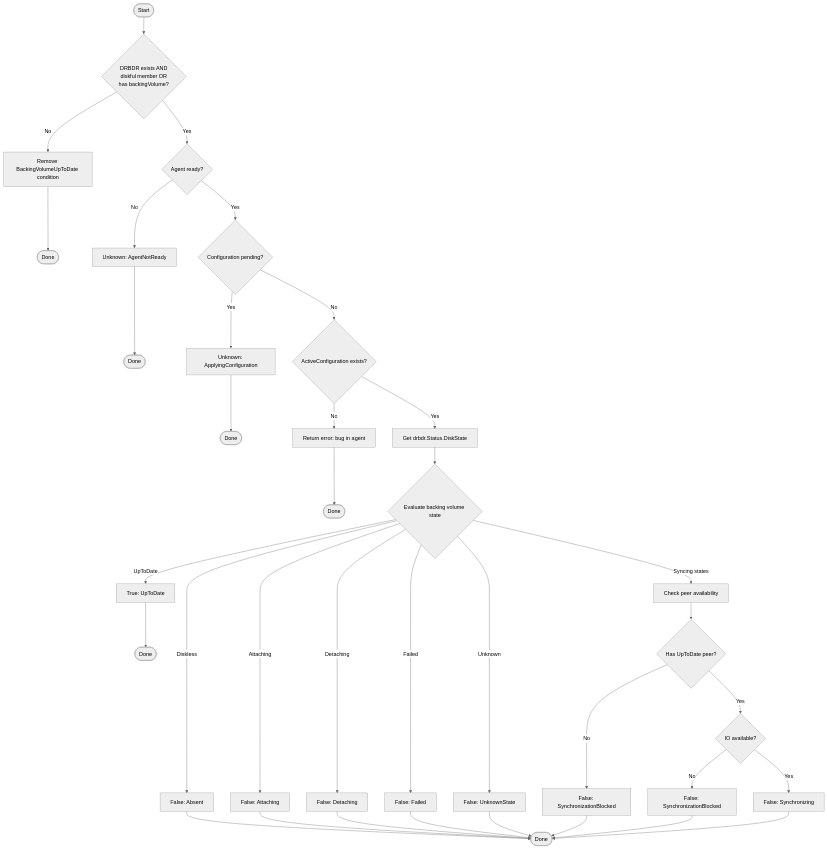
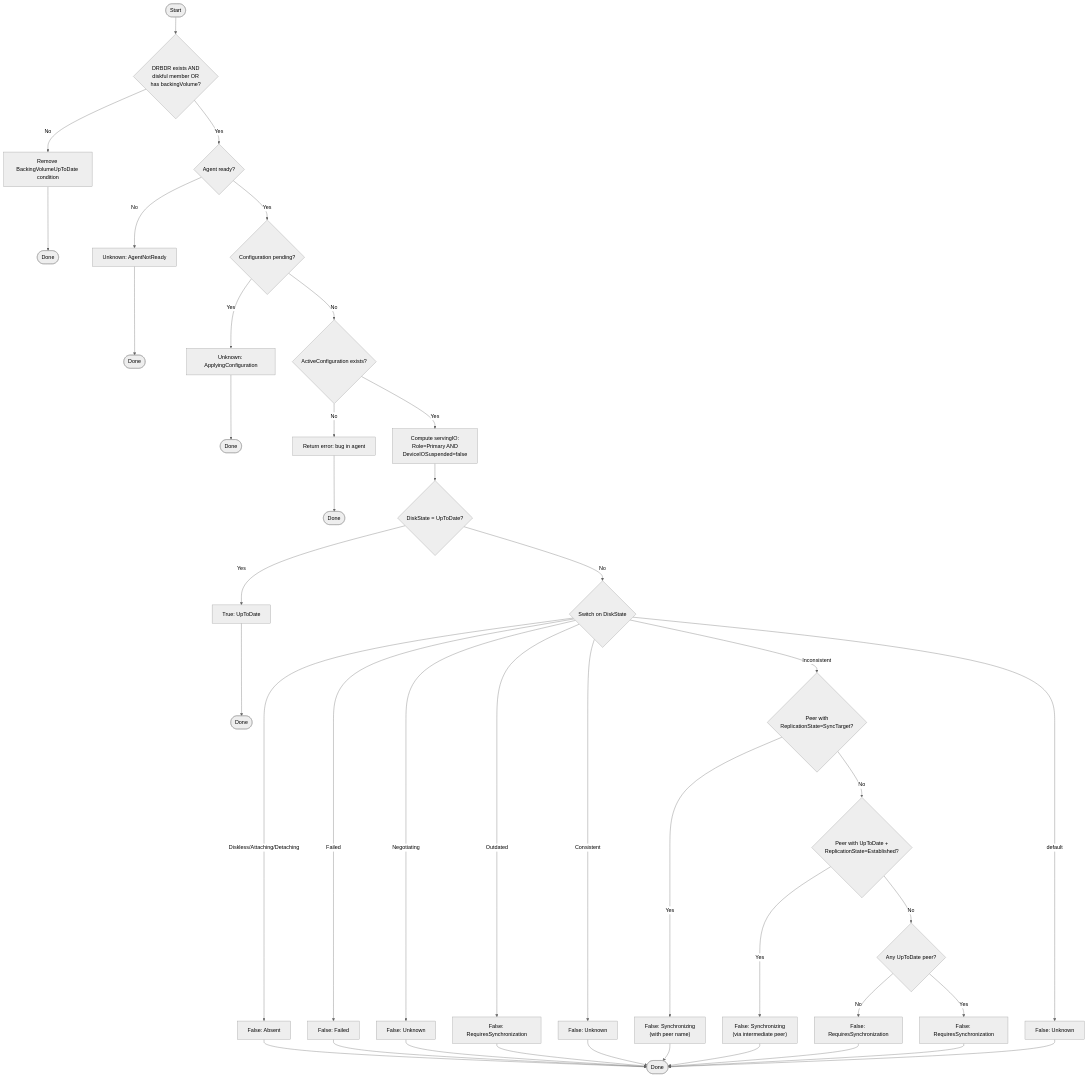
Before and after one commit to deckhouse/sds-replicated-volume: diagram 12 of 15 in images/controller/internal/controllers/rvr_controller/README.md, drawn with Mermaid (neutral theme). The commit also changed other lines of this file and 20 other files, not shown here.

````diff
--- a/images/controller/internal/controllers/rvr_controller/README.md
+++ b/images/controller/internal/controllers/rvr_controller/README.md
@@ -1041,46 +1058,52 @@
 ```mermaid
 flowchart TD
     Start([Start]) --> CheckRelevant{DRBDR exists AND<br/>diskful member OR<br/>has backingVolume?}
     CheckRelevant -->|No| RemoveCond[Remove BackingVolumeUpToDate condition]
     RemoveCond --> End1([Done])
 
     CheckRelevant -->|Yes| CheckAgent{Agent ready?}
     CheckAgent -->|No| SetUnknown1[Unknown: AgentNotReady]
     SetUnknown1 --> End2([Done])
 
     CheckAgent -->|Yes| CheckPending{Configuration pending?}
     CheckPending -->|Yes| SetUnknown2[Unknown: ApplyingConfiguration]
     SetUnknown2 --> End3([Done])
 
     CheckPending -->|No| CheckActive{ActiveConfiguration exists?}
     CheckActive -->|No| Error[Return error: bug in agent]
     Error --> End6([Done])
 
-    CheckActive -->|Yes| GetDiskState[Get drbdr.Status.DiskState]
-    GetDiskState --> EvalState{Evaluate backing volume state}
+    CheckActive -->|Yes| ComputeServingIO["Compute servingIO:<br/>Role=Primary AND<br/>DeviceIOSuspended=false"]
+    ComputeServingIO --> CheckUpToDate{DiskState = UpToDate?}
+    CheckUpToDate -->|Yes| SetTrue[True: UpToDate]
+    SetTrue --> EndOk([Done])
 
-    EvalState -->|UpToDate| SetTrue[True: UpToDate]
-    SetTrue --> End4([Done])
+    CheckUpToDate -->|No| EvalState{Switch on DiskState}
 
-    EvalState -->|Diskless| SetFalse1[False: Absent]
-    EvalState -->|Attaching| SetFalse2[False: Attaching]
-    EvalState -->|Detaching| SetFalse3[False: Detaching]
-    EvalState -->|Failed| SetFalse4[False: Failed]
-    EvalState -->|Syncing states| CheckPeers[Check peer availability]
-    EvalState -->|Unknown| SetFalse5[False: UnknownState]
+    EvalState -->|Diskless/Attaching/Detaching| SetAbsent[False: Absent]
+    EvalState -->|Failed| SetFailed[False: Failed]
+    EvalState -->|Negotiating| SetUnknown3[False: Unknown]
+    EvalState -->|Outdated| SetOutdated[False: RequiresSynchronization]
+    EvalState -->|Consistent| SetConsistent[False: Unknown]
+    EvalState -->|Inconsistent| CheckSyncTarget
+    EvalState -->|default| SetDefault[False: Unknown]
 
-    CheckPeers --> PeerCheck{Has UpToDate peer?}
-    PeerCheck -->|No| SetBlocked1[False: SynchronizationBlocked]
-    PeerCheck -->|Yes| IOCheck{IO available?}
-    IOCheck -->|No| SetBlocked2[False: SynchronizationBlocked]
-    IOCheck -->|Yes| SetSyncing[False: Synchronizing]
+    CheckSyncTarget{"Peer with<br/>ReplicationState=SyncTarget?"}
+    CheckSyncTarget -->|Yes| SetSyncing["False: Synchronizing<br/>(with peer name)"]
+    CheckSyncTarget -->|No| CheckEstablished{"Peer with UpToDate +<br/>ReplicationState=Established?"}
+    CheckEstablished -->|Yes| SetIntermediatePeer["False: Synchronizing<br/>(via intermediate peer)"]
+    CheckEstablished -->|No| CheckHasUpToDate{Any UpToDate peer?}
+    CheckHasUpToDate -->|No| SetNoUpToDate[False: RequiresSynchronization]
+    CheckHasUpToDate -->|Yes| SetFallback[False: RequiresSynchronization]
 
-    SetFalse1 --> End5([Done])
-    SetFalse2 --> End5
-    SetFalse3 --> End5
-    SetFalse4 --> End5
-    SetFalse5 --> End5
-    SetBlocked1 --> End5
-    SetBlocked2 --> End5
-    SetSyncing --> End5
+    SetAbsent --> EndFalse([Done])
+    SetFailed --> EndFalse
+    SetUnknown3 --> EndFalse
+    SetOutdated --> EndFalse
+    SetConsistent --> EndFalse
+    SetSyncing --> EndFalse
+    SetIntermediatePeer --> EndFalse
+    SetNoUpToDate --> EndFalse
+    SetFallback --> EndFalse
+    SetDefault --> EndFalse
 ```
````
